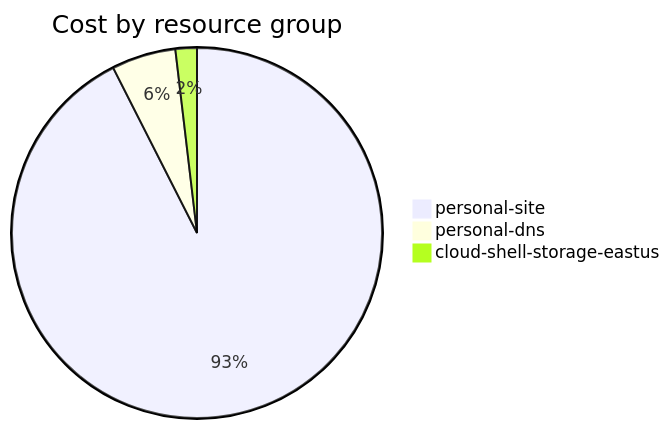
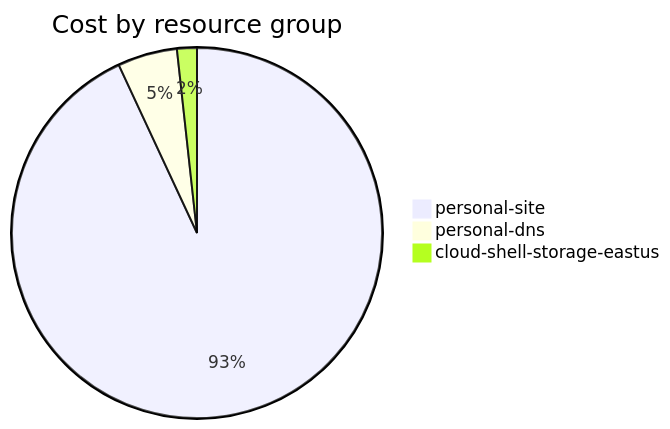
Before and after one commit to jpfulton/azure-personal-reports: the fourth of 4 diagrams in cost-reports/accumulated-cost.md, drawn with Mermaid. The commit also changed other lines of this file and 4 other files, not shown here.

````diff
--- a/cost-reports/accumulated-cost.md
+++ b/cost-reports/accumulated-cost.md
@@ -143,7 +143,7 @@
 ```mermaid
 pie
    title Cost by resource group
-   "personal-site" : 0.99
-   "personal-dns" : 0.06
-   "cloud-shell-storage-eastus" : 0.02
+   "personal-site" : 1.61
+   "personal-dns" : 0.09
+   "cloud-shell-storage-eastus" : 0.03
 ```
````
